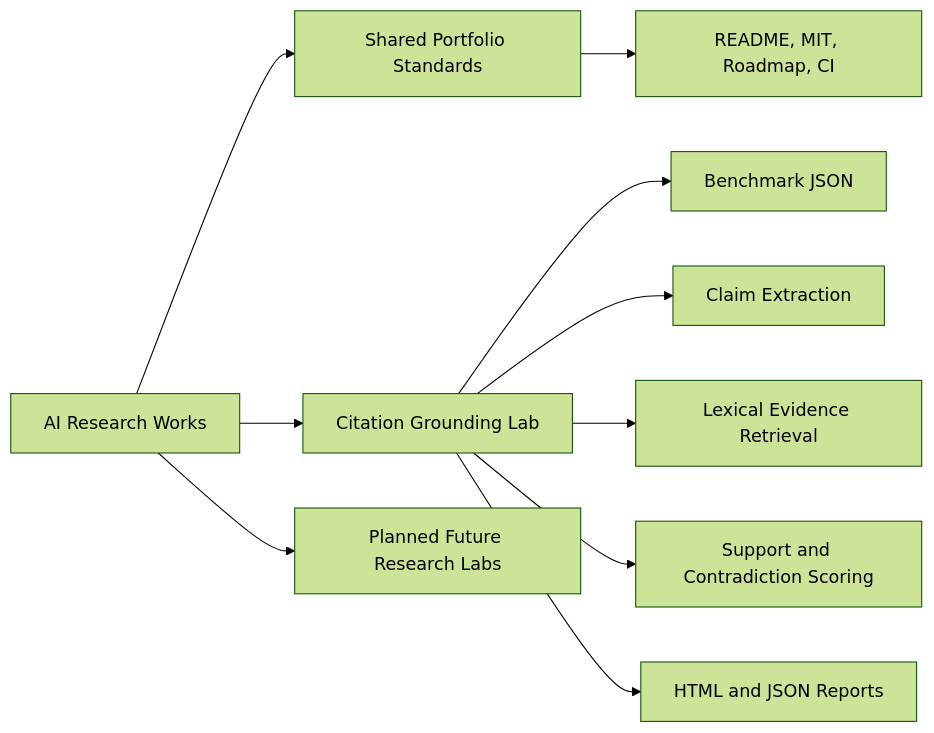
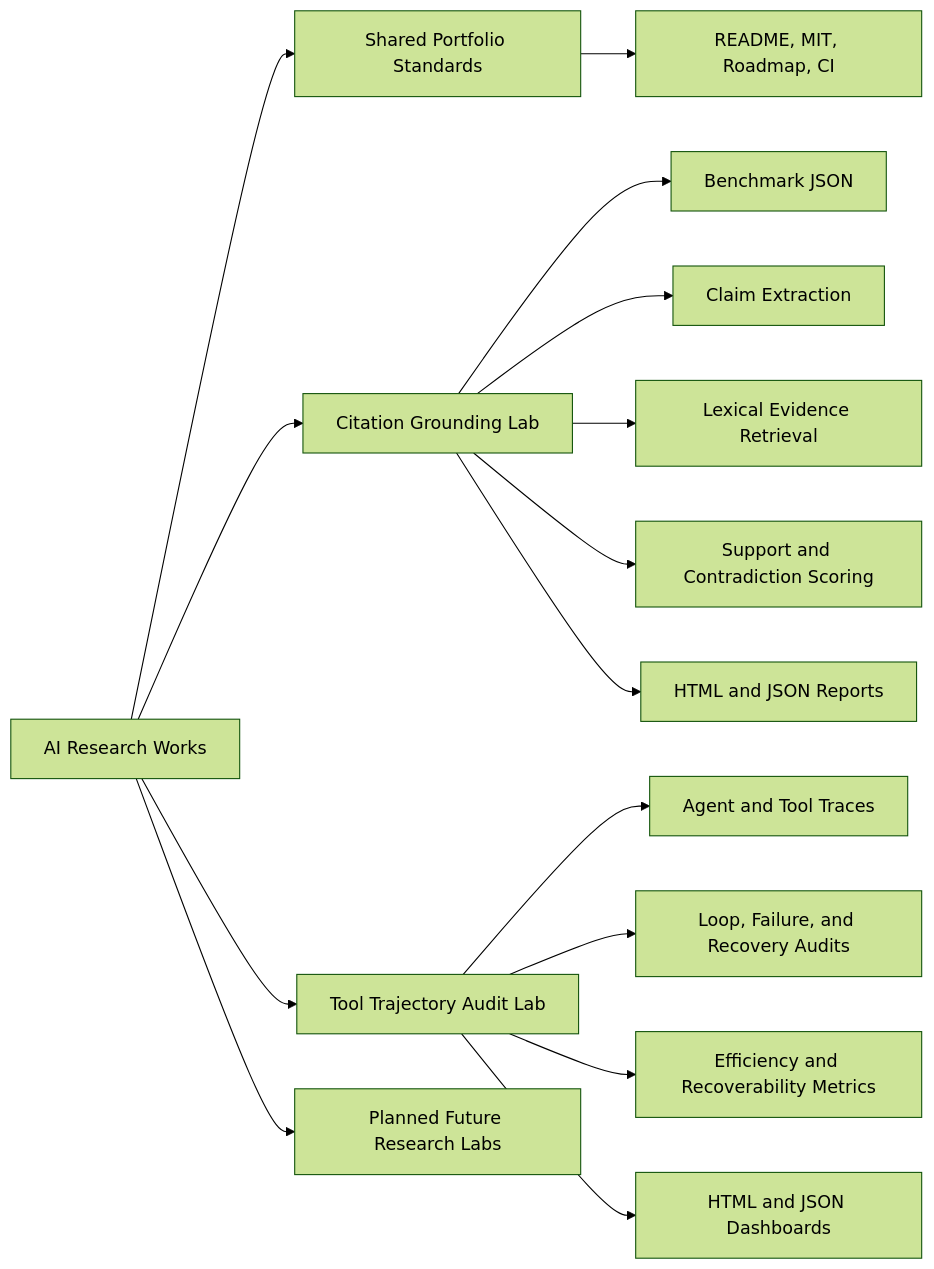
One commit to akifitu/ai-research-works changed the diagram in README.md. Above: the diagram before and after it, drawn with Mermaid (forest theme). The commit also changed other lines of this file and 20 other files, not shown here.

Commit message:
Add tool trajectory audit lab to AI research works

````diff
--- a/README.md
+++ b/README.md
@@ -22,12 +22,17 @@
 ```mermaid
 flowchart LR
     Repo[AI Research Works] --> Standards[Shared Portfolio Standards]
     Repo --> CGL[Citation Grounding Lab]
+    Repo --> TTAL[Tool Trajectory Audit Lab]
     Standards --> Docs[README, MIT, Roadmap, CI]
     CGL --> Benchmarks[Benchmark JSON]
     CGL --> Claims[Claim Extraction]
     CGL --> Retrieval[Lexical Evidence Retrieval]
     CGL --> Grounding[Support and Contradiction Scoring]
     CGL --> Reports[HTML and JSON Reports]
+    TTAL --> Traces[Agent and Tool Traces]
+    TTAL --> Audit[Loop, Failure, and Recovery Audits]
+    TTAL --> Metrics[Efficiency and Recoverability Metrics]
+    TTAL --> Dashboards[HTML and JSON Dashboards]
     Repo --> Roadmap[Planned Future Research Labs]
 ```
````
